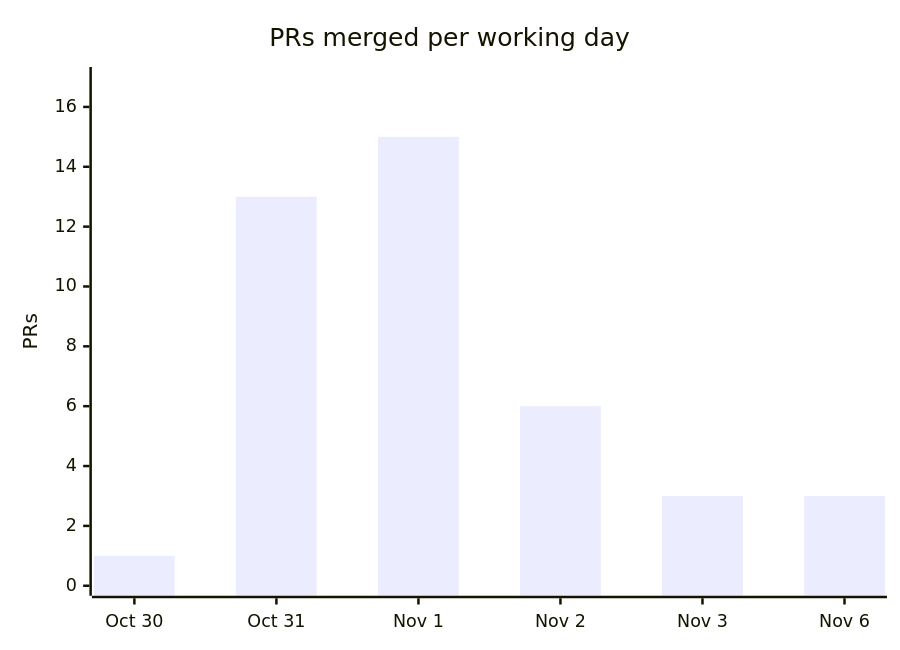
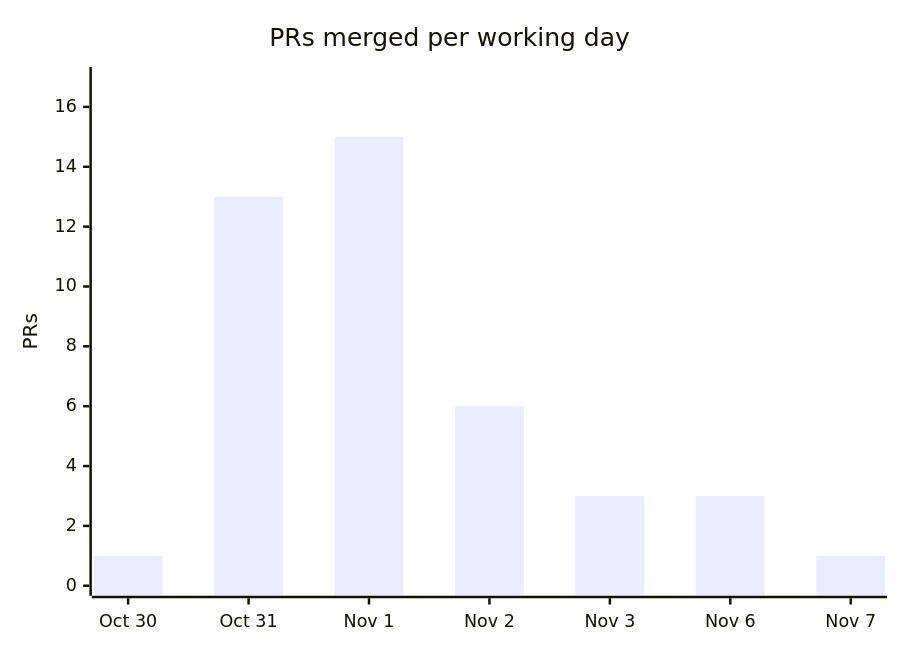
The fourth of 4 diagrams in docs/OVERVIEW.md (cmprssd/nfsh), drawn with Mermaid before and after one commit. The commit also changed other lines of this file and 2 other files, not shown here.

````diff
--- a/docs/OVERVIEW.md
+++ b/docs/OVERVIEW.md
@@ -139,7 +139,7 @@
 ```mermaid
 xychart-beta
     title "PRs merged per working day"
-    x-axis ["Oct 30", "Oct 31", "Nov 1", "Nov 2", "Nov 3", "Nov 6"]
+    x-axis ["Oct 30", "Oct 31", "Nov 1", "Nov 2", "Nov 3", "Nov 6", "Nov 7"]
     y-axis "PRs" 0 --> 17
-    bar [1, 13, 15, 6, 3, 3]
+    bar [1, 13, 15, 6, 3, 3, 1]
 ```
````
